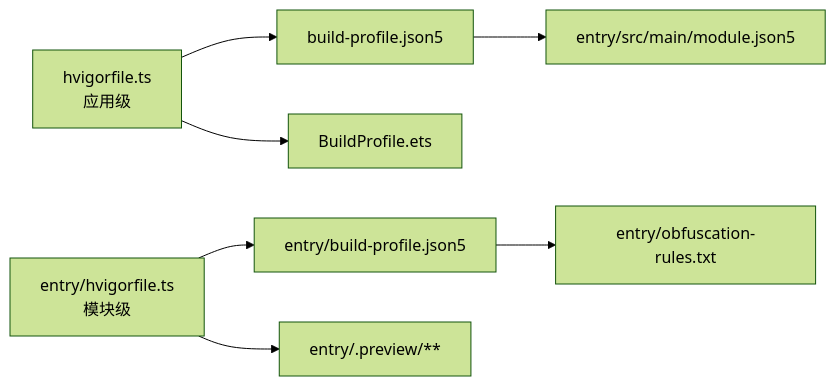
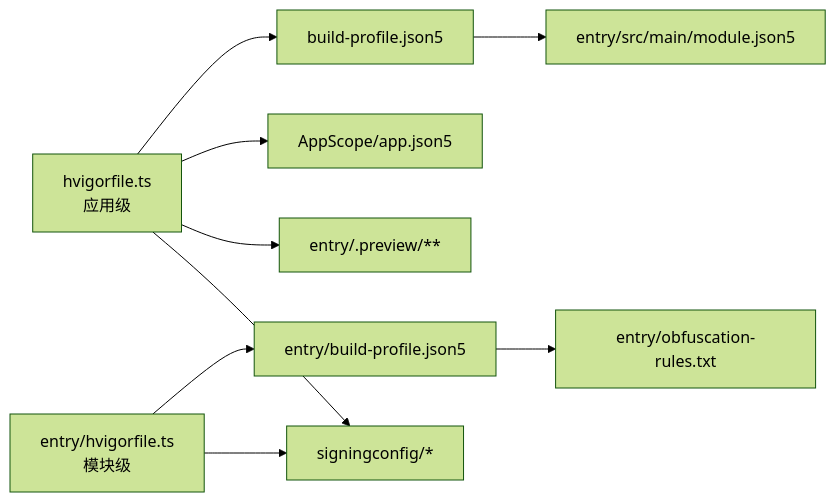
The third of 3 diagrams in .qoder/repowiki/zh/content/部署与发布.md (huz1xuan/harmony_XDY), drawn with Mermaid (forest theme) before and after one commit. The commit also changed other lines of this file and 15 other files, not shown here.

````diff
--- a/.qoder/repowiki/zh/content/部署与发布.md
+++ b/.qoder/repowiki/zh/content/部署与发布.md
@@ -228,9 +281,11 @@
 ```mermaid
 graph LR
 HV["hvigorfile.ts<br/>应用级"] --> BP["build-profile.json5"]
 HM["entry/hvigorfile.ts<br/>模块级"] --> MBP["entry/build-profile.json5"]
 BP --> MOD["entry/src/main/module.json5"]
 MBP --> OB["entry/obfuscation-rules.txt"]
-HV --> GEN["BuildProfile.ets"]
-HM --> PRE["entry/.preview/**"]
+HV --> ABP["AppScope/app.json5"]
+HV --> PRE["entry/.preview/**"]
+HV --> SC["signingconfig/*"]
+HM --> SC
 ```
````
